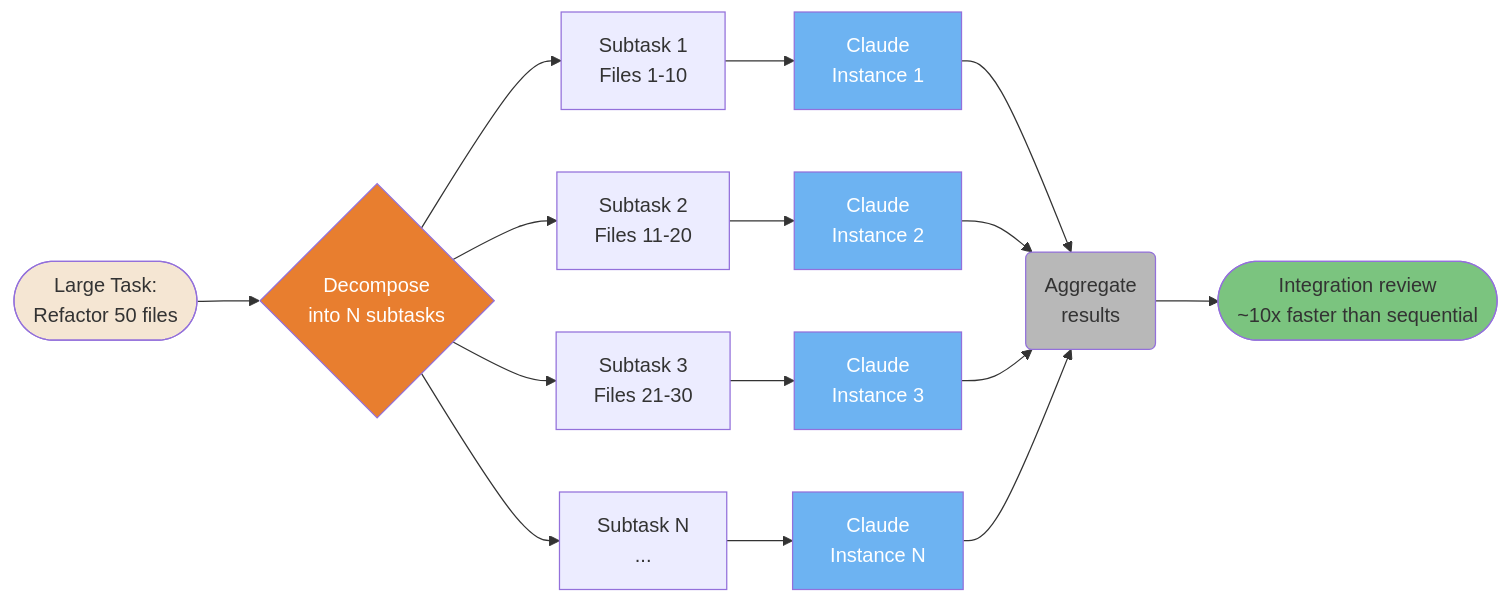
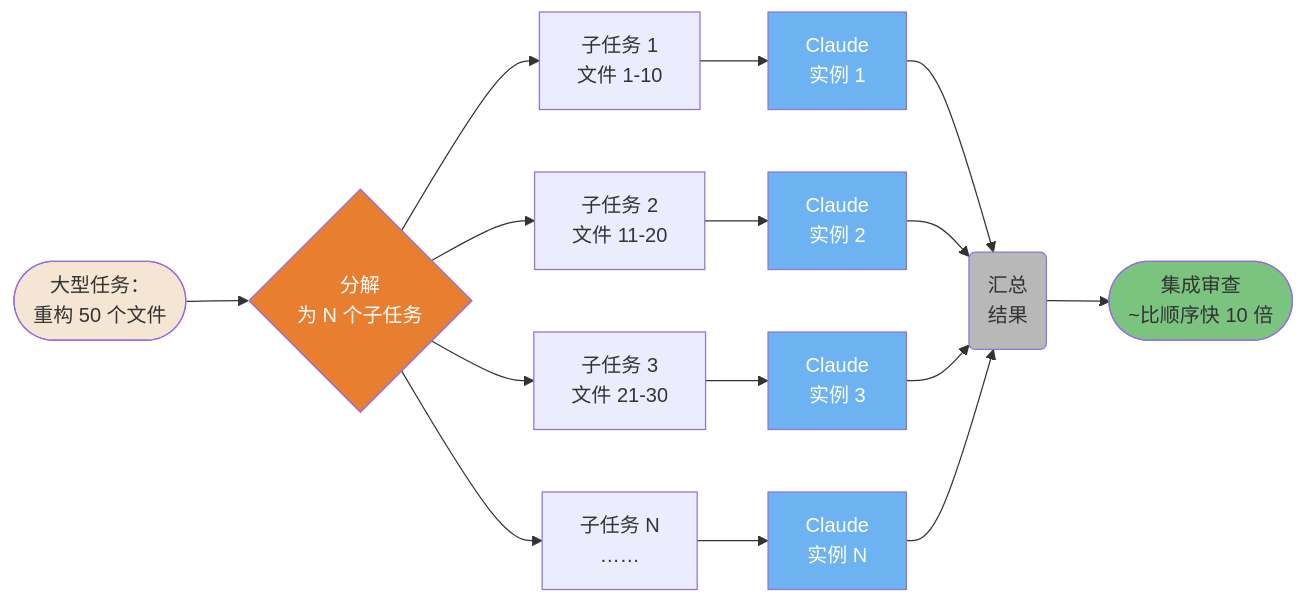
The fourth of 5 diagrams in claude-code/diagrams/07-multi-agent-patterns.md (lawrencewzen/aispark-wiki), drawn with Mermaid before and after one commit. The commit also changed other lines of this file and 82 other files, not shown here.

First line of the commit message:
feat: 完成 claude-code/ 目录全量中文翻译

````diff
--- a/claude-code/diagrams/07-multi-agent-patterns.md
+++ b/claude-code/diagrams/07-multi-agent-patterns.md
@@ -211,39 +211,39 @@
 ```mermaid
 flowchart LR
-    BT([Large Task:<br/>Refactor 50 files]) --> DEC{Decompose<br/>into N subtasks}
+    BT([大型任务：<br/>重构 50 个文件]) --> DEC{分解<br/>为 N 个子任务}
 
-    DEC --> T1["Subtask 1<br/>Files 1-10"]
-    DEC --> T2["Subtask 2<br/>Files 11-20"]
-    DEC --> T3["Subtask 3<br/>Files 21-30"]
-    DEC --> TN["Subtask N<br/>..."]
+    DEC --> T1["子任务 1<br/>文件 1-10"]
+    DEC --> T2["子任务 2<br/>文件 11-20"]
+    DEC --> T3["子任务 3<br/>文件 21-30"]
+    DEC --> TN["子任务 N<br/>……"]
 
-    T1 --> CI1[Claude<br/>Instance 1]
-    T2 --> CI2[Claude<br/>Instance 2]
-    T3 --> CI3[Claude<br/>Instance 3]
-    TN --> CIN[Claude<br/>Instance N]
+    T1 --> CI1[Claude<br/>实例 1]
+    T2 --> CI2[Claude<br/>实例 2]
+    T3 --> CI3[Claude<br/>实例 3]
+    TN --> CIN[Claude<br/>实例 N]
 
-    CI1 & CI2 & CI3 & CIN --> AGG(Aggregate<br/>results)
-    AGG --> REV([Integration review<br/>~10x faster than sequential])
+    CI1 & CI2 & CI3 & CIN --> AGG(汇总<br/>结果)
+    AGG --> REV([集成审查<br/>~比顺序快 10 倍])
 
     style BT fill:#F5E6D3,color:#333
     style DEC fill:#E87E2F,color:#fff
     style CI1 fill:#6DB3F2,color:#fff
     style CI2 fill:#6DB3F2,color:#fff
     style CI3 fill:#6DB3F2,color:#fff
     style CIN fill:#6DB3F2,color:#fff
     style AGG fill:#B8B8B8,color:#333
     style REV fill:#7BC47F,color:#333
 
-    click BT href "https://github.com/claude-code-ultimate-guide/claude-code-ultimate-guide/blob/main/guide/ultimate-guide.md#917-scaling-patterns-multi-instance-workflows" "Large Task"
-    click DEC href "https://github.com/claude-code-ultimate-guide/claude-code-ultimate-guide/blob/main/guide/ultimate-guide.md#917-scaling-patterns-multi-instance-workflows" "Decompose into subtasks"
-    click T1 href "https://github.com/claude-code-ultimate-guide/claude-code-ultimate-guide/blob/main/guide/ultimate-guide.md#917-scaling-patterns-multi-instance-workflows" "Subtask 1"
-    click T2 href "https://github.com/claude-code-ultimate-guide/claude-code-ultimate-guide/blob/main/guide/ultimate-guide.md#917-scaling-patterns-multi-instance-workflows" "Subtask 2"
-    click T3 href "https://github.com/claude-code-ultimate-guide/claude-code-ultimate-guide/blob/main/guide/ultimate-guide.md#917-scaling-patterns-multi-instance-workflows" "Subtask 3"
-    click TN href "https://github.com/claude-code-ultimate-guide/claude-code-ultimate-guide/blob/main/guide/ultimate-guide.md#917-scaling-patterns-multi-instance-workflows" "Subtask N"
-    click CI1 href "https://github.com/claude-code-ultimate-guide/claude-code-ultimate-guide/blob/main/guide/ultimate-guide.md#917-scaling-patterns-multi-instance-workflows" "Claude Instance 1"
-    click CI2 href "https://github.com/claude-code-ultimate-guide/claude-code-ultimate-guide/blob/main/guide/ultimate-guide.md#917-scaling-patterns-multi-instance-workflows" "Claude Instance 2"
-    click CI3 href "https://github.com/claude-code-ultimate-guide/claude-code-ultimate-guide/blob/main/guide/ultimate-guide.md#917-scaling-patterns-multi-instance-workflows" "Claude Instance 3"
-    click CIN href "https://github.com/claude-code-ultimate-guide/claude-code-ultimate-guide/blob/main/guide/ultimate-guide.md#917-scaling-patterns-multi-instance-workflows" "Claude Instance N"
-    click AGG href "https://github.com/claude-code-ultimate-guide/claude-code-ultimate-guide/blob/main/guide/ultimate-guide.md#917-scaling-patterns-multi-instance-workflows" "Aggregate results"
-    click REV href "https://github.com/claude-code-ultimate-guide/claude-code-ultimate-guide/blob/main/guide/ultimate-guide.md#917-scaling-patterns-multi-instance-workflows" "Integration review"
+    click BT href "https://github.com/claude-code-ultimate-guide/claude-code-ultimate-guide/blob/main/guide/ultimate-guide.md#917-scaling-patterns-multi-instance-workflows" "大型任务"
+    click DEC href "https://github.com/claude-code-ultimate-guide/claude-code-ultimate-guide/blob/main/guide/ultimate-guide.md#917-scaling-patterns-multi-instance-workflows" "分解为子任务"
+    click T1 href "https://github.com/claude-code-ultimate-guide/claude-code-ultimate-guide/blob/main/guide/ultimate-guide.md#917-scaling-patterns-multi-instance-workflows" "子任务 1"
+    click T2 href "https://github.com/claude-code-ultimate-guide/claude-code-ultimate-guide/blob/main/guide/ultimate-guide.md#917-scaling-patterns-multi-instance-workflows" "子任务 2"
+    click T3 href "https://github.com/claude-code-ultimate-guide/claude-code-ultimate-guide/blob/main/guide/ultimate-guide.md#917-scaling-patterns-multi-instance-workflows" "子任务 3"
+    click TN href "https://github.com/claude-code-ultimate-guide/claude-code-ultimate-guide/blob/main/guide/ultimate-guide.md#917-scaling-patterns-multi-instance-workflows" "子任务 N"
+    click CI1 href "https://github.com/claude-code-ultimate-guide/claude-code-ultimate-guide/blob/main/guide/ultimate-guide.md#917-scaling-patterns-multi-instance-workflows" "Claude 实例 1"
+    click CI2 href "https://github.com/claude-code-ultimate-guide/claude-code-ultimate-guide/blob/main/guide/ultimate-guide.md#917-scaling-patterns-multi-instance-workflows" "Claude 实例 2"
+    click CI3 href "https://github.com/claude-code-ultimate-guide/claude-code-ultimate-guide/blob/main/guide/ultimate-guide.md#917-scaling-patterns-multi-instance-workflows" "Claude 实例 3"
+    click CIN href "https://github.com/claude-code-ultimate-guide/claude-code-ultimate-guide/blob/main/guide/ultimate-guide.md#917-scaling-patterns-multi-instance-workflows" "Claude 实例 N"
+    click AGG href "https://github.com/claude-code-ultimate-guide/claude-code-ultimate-guide/blob/main/guide/ultimate-guide.md#917-scaling-patterns-multi-instance-workflows" "汇总结果"
+    click REV href "https://github.com/claude-code-ultimate-guide/claude-code-ultimate-guide/blob/main/guide/ultimate-guide.md#917-scaling-patterns-multi-instance-workflows" "集成审查"
 ```
````
